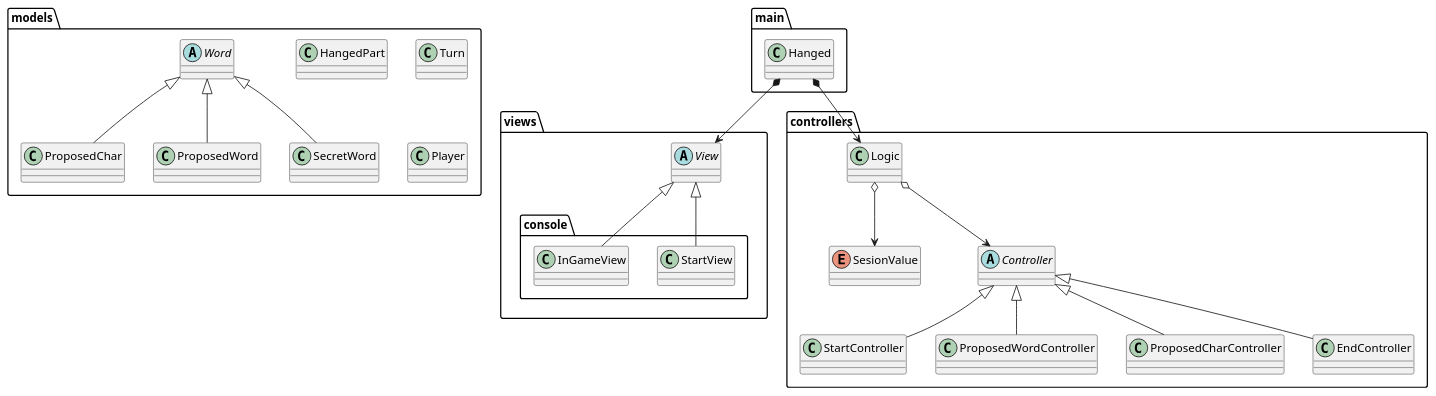
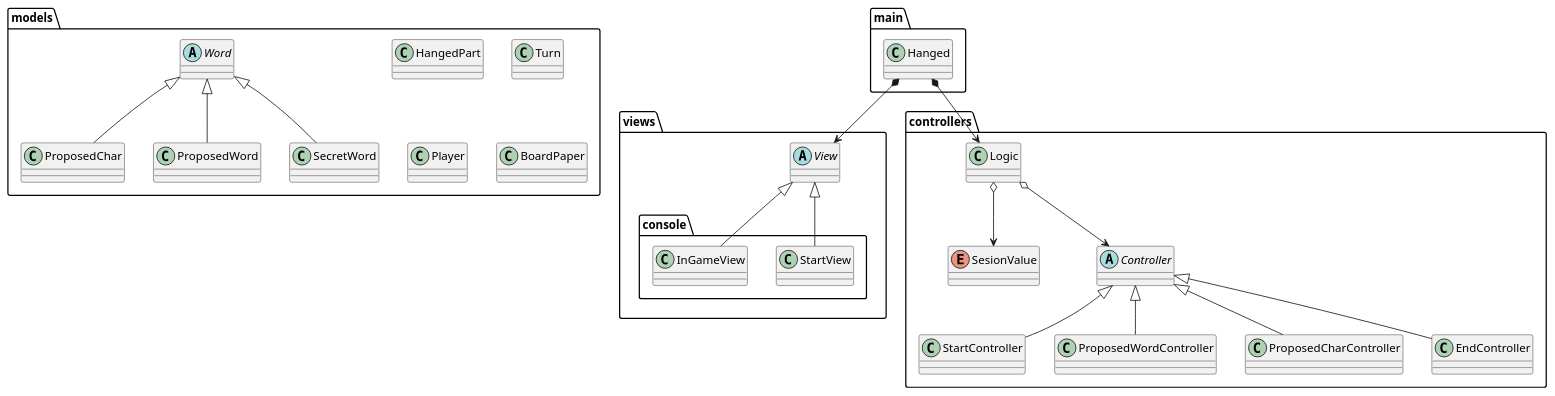
One commit to VladCode97/Hanged-Master changed the diagram in requirements/puml/MVC.puml. Above: the diagram before and after it, drawn with PlantUML. The commit also changed 1 other file, not shown here.

```diff
--- a/requirements/puml/MVC.puml
+++ b/requirements/puml/MVC.puml
@@ -1,54 +1,55 @@
 @startuml
 package "main" {
 class Hanged
 }
 
 package "views"{
 abstract class View
     package "console" {
         class StartView
         class InGameView
     }
 }
 
 package "controllers"{
 class Logic
 enum SesionValue
 abstract class Controller
 class StartController
 class ProposedWordController
 class ProposedCharController
 class EndController
 
 
 }
 
 
 package "models" {
 abstract class Word
 class ProposedChar
 class ProposedWord
 class SecretWord
 class HangedPart
 class Turn
 class Player
+class BoardPaper
 }
 Hanged *--> View
 Hanged *--> Logic
 Logic o--> Controller
 View <|-- StartView
 View <|-- InGameView
 
 Controller <|-- StartController
 Controller <|-- ProposedWordController
 Controller <|-- ProposedCharController
 Controller <|-- EndController
 
 Logic o--> SesionValue
 Word <|-- ProposedChar
 Word <|-- ProposedWord
 Word <|-- SecretWord
 
 
 
 @enduml
```
